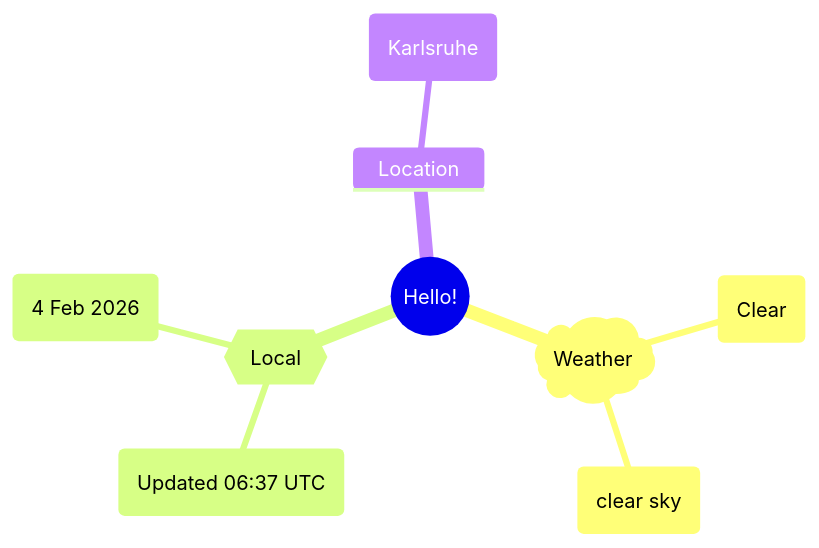
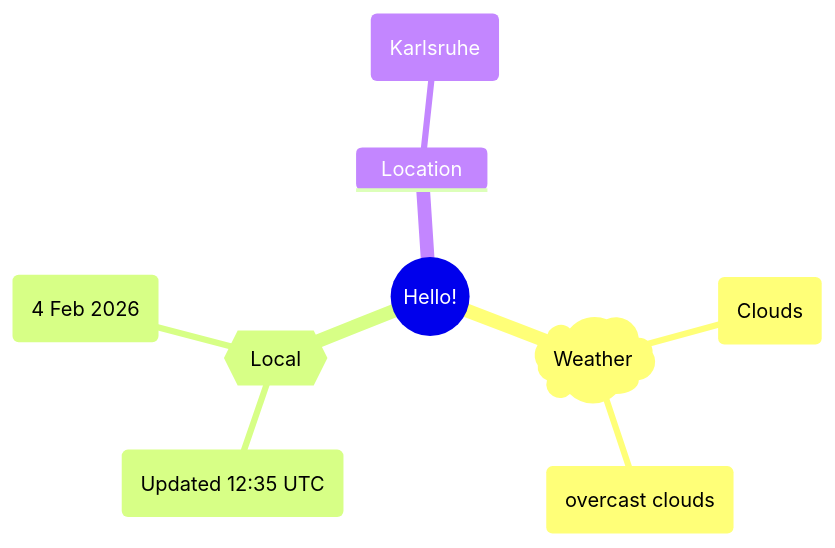
Before and after one commit to Xosrov/Xosrov: the first of 2 diagrams in README.md, drawn with Mermaid.

Commit message:
[bot] updated images

````diff
--- a/README.md
+++ b/README.md
@@ -3,12 +3,12 @@
 ```mermaid
 mindmap
   root((Hello!))
     )Weather(
-        (Clear)
-        (clear sky)
+        (Clouds)
+        (overcast clouds)
     {{Local}}
-        (Updated 06:37 UTC)
+        (Updated 12:35 UTC)
         (4 Feb 2026)
     Location
         (Karlsruhe)
 ```
````
